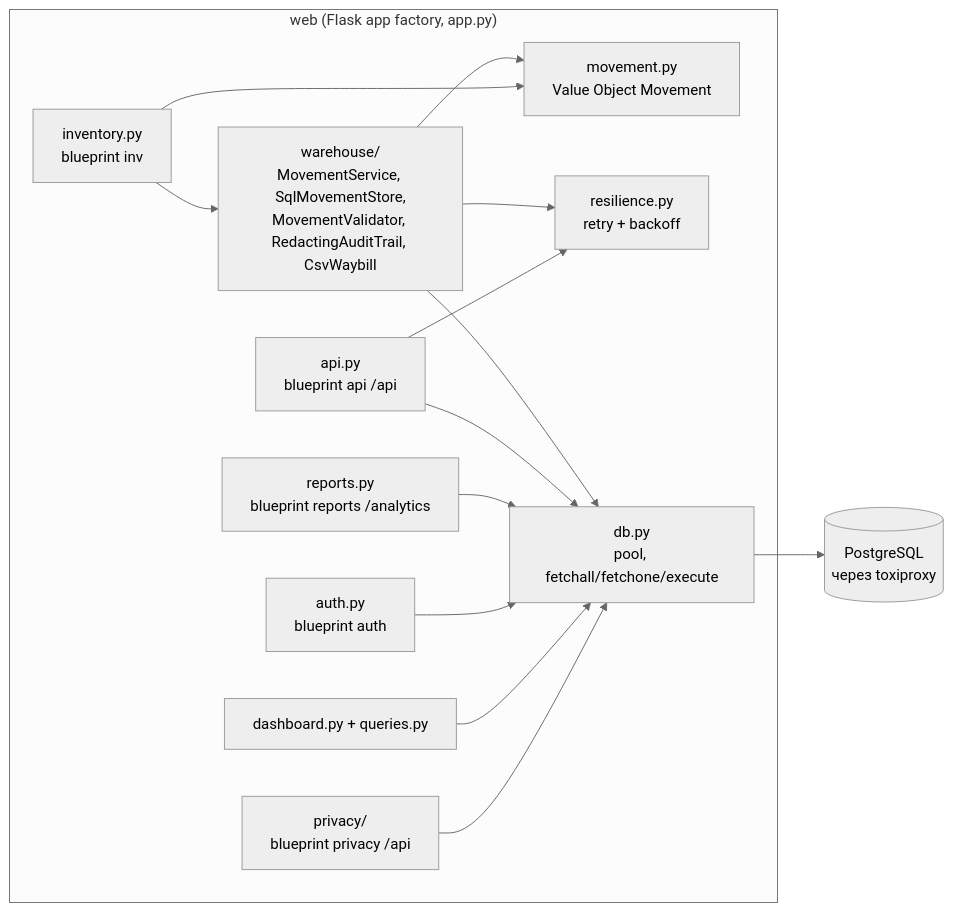
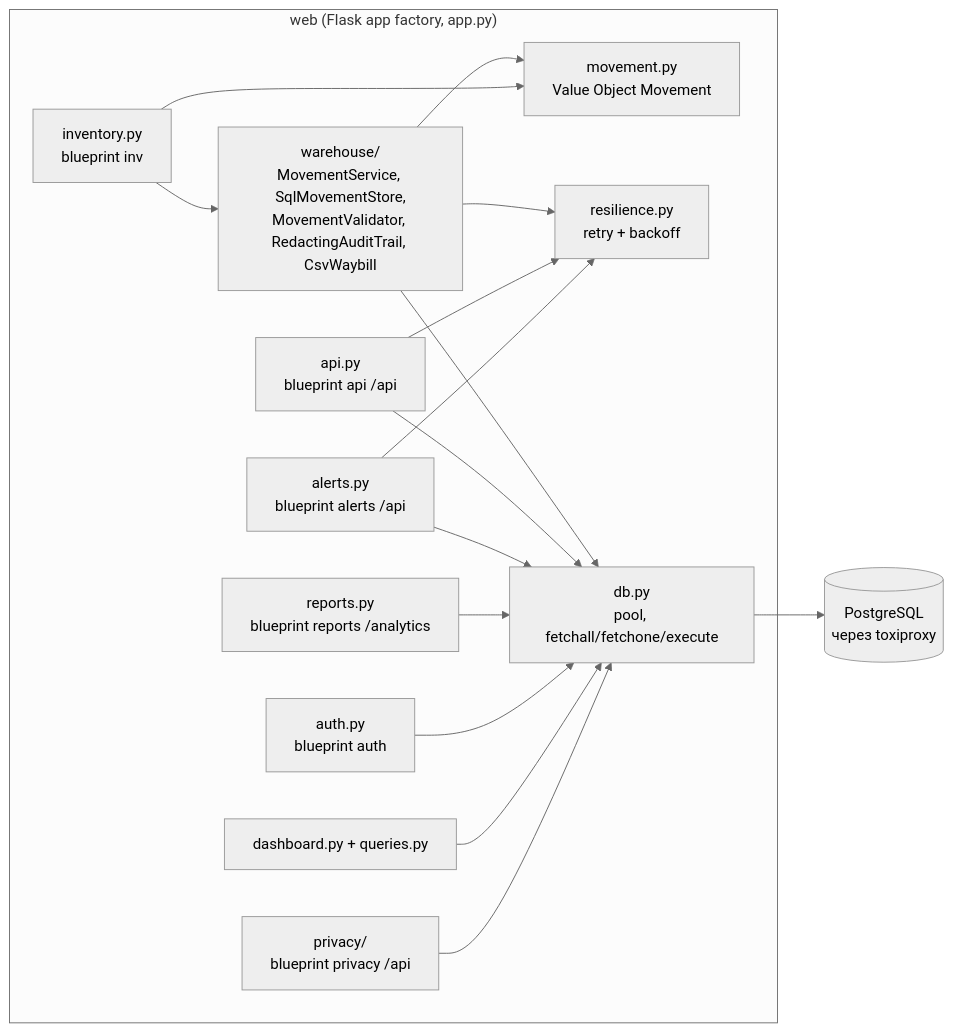
Before and after one commit to NazarFrazovir/Curs_Project: the third of 4 diagrams in docs/sdd.md, drawn with Mermaid (neutral theme). The commit also changed other lines of this file and 5 other files, not shown here.

````diff
--- a/docs/sdd.md
+++ b/docs/sdd.md
@@ -68,26 +68,29 @@
 ```mermaid
 flowchart LR
   subgraph web["web (Flask app factory, app.py)"]
     auth["auth.py<br/>blueprint auth"]
     inv["inventory.py<br/>blueprint inv"]
     rep["reports.py<br/>blueprint reports /analytics"]
     api["api.py<br/>blueprint api /api"]
+    alr["alerts.py<br/>blueprint alerts /api"]
     prv["privacy/<br/>blueprint privacy /api"]
     dash["dashboard.py + queries.py"]
     wh["warehouse/<br/>MovementService, SqlMovementStore,<br/>MovementValidator, RedactingAuditTrail, CsvWaybill"]
     mv["movement.py<br/>Value Object Movement"]
     res["resilience.py<br/>retry + backoff"]
     dbm["db.py<br/>pool, fetchall/fetchone/execute"]
   end
   inv --> wh --> dbm
   wh --> mv
   inv --> mv
   wh --> res
   api --> res
   api --> dbm
+  alr --> dbm
+  alr --> res
   rep --> dbm
   auth --> dbm
   dash --> dbm
   prv --> dbm
   dbm --> pg[("PostgreSQL<br/>через toxiproxy")]
 ```
````
